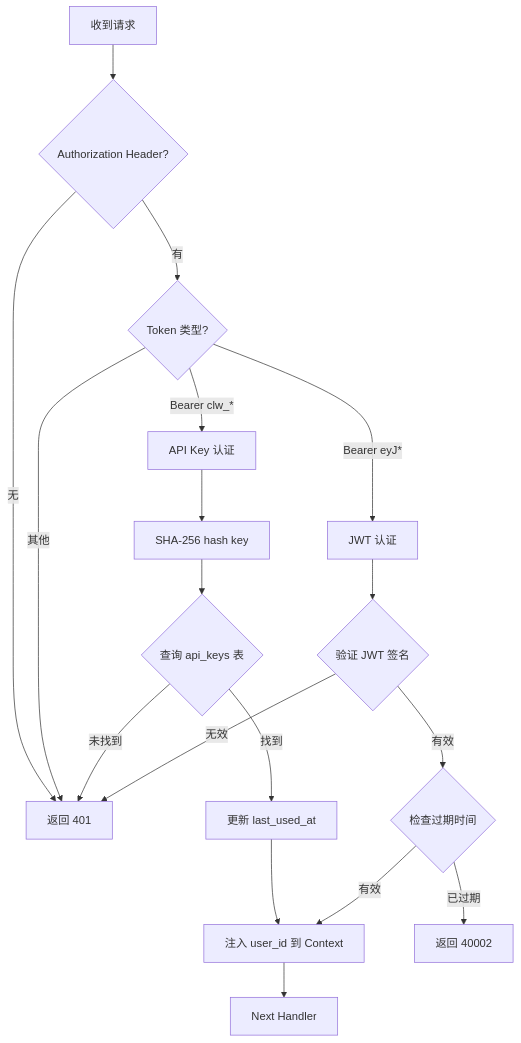
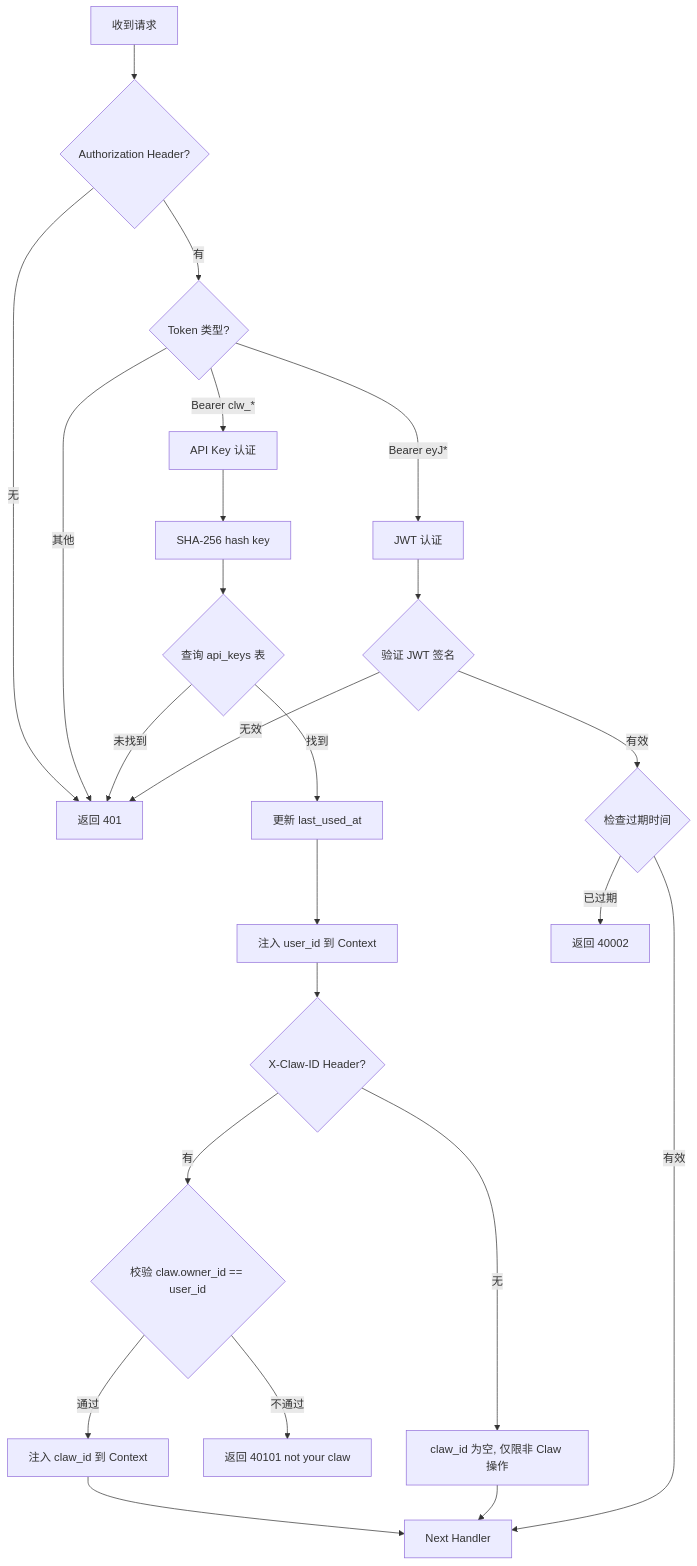
Before and after one commit to ottin4ttc/talent-claw-platform: the third of 16 diagrams in docs/technical-plan.md, drawn with Mermaid. The commit also changed other lines of this file and 2 other files, not shown here.

````diff
--- a/docs/technical-plan.md
+++ b/docs/technical-plan.md
@@ -291,22 +291,28 @@
 ```mermaid
 flowchart TD
     A[收到请求] --> B{Authorization Header?}
     B -->|无| C[返回 401]
     B -->|有| D{Token 类型?}
     D -->|"Bearer clw_*"| E[API Key 认证]
     D -->|"Bearer eyJ*"| F[JWT 认证]
     D -->|其他| C
 
     E --> G[SHA-256 hash key]
     G --> H{查询 api_keys 表}
     H -->|未找到| C
     H -->|找到| I[更新 last_used_at]
     I --> J[注入 user_id 到 Context]
-    J --> K[Next Handler]
+    J --> J2{X-Claw-ID Header?}
+    J2 -->|有| J3{校验 claw.owner_id == user_id}
+    J3 -->|通过| J4[注入 claw_id 到 Context]
+    J3 -->|不通过| J5[返回 40101 not your claw]
+    J2 -->|无| J4b[claw_id 为空, 仅限非 Claw 操作]
+    J4 --> K[Next Handler]
+    J4b --> K
 
     F --> L{验证 JWT 签名}
     L -->|无效| C
     L -->|有效| M{检查过期时间}
     M -->|已过期| N[返回 40002]
-    M -->|有效| J
+    M -->|有效| K
 ```
````
